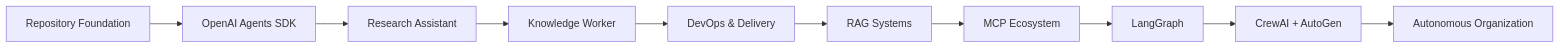
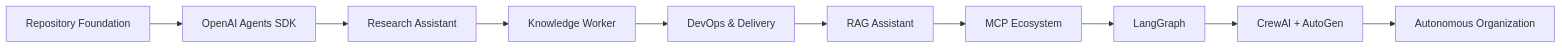
The diagram in ROADMAP.md (gtaltou/autonomous-ai-agents-hub), drawn with Mermaid before and after one commit. The commit also changed other lines of this file and 66 other files, not shown here.

First line of the commit message:
feat: complete RAG Assistant and repository modernization

````diff
--- a/ROADMAP.md
+++ b/ROADMAP.md
@@ -57,22 +57,22 @@
 ```mermaid
 flowchart LR
 
 A[Repository Foundation]
 --> B[OpenAI Agents SDK]
 
 B --> C[Research Assistant]
 
 C --> D[Knowledge Worker]
 
 D --> E[DevOps & Delivery]
 
-E --> F[RAG Systems]
+E --> F[RAG Assistant]
 
 F --> G[MCP Ecosystem]
 
 G --> H[LangGraph]
 
 H --> I[CrewAI + AutoGen]
 
 I --> J[Autonomous Organization]
 ```
````
